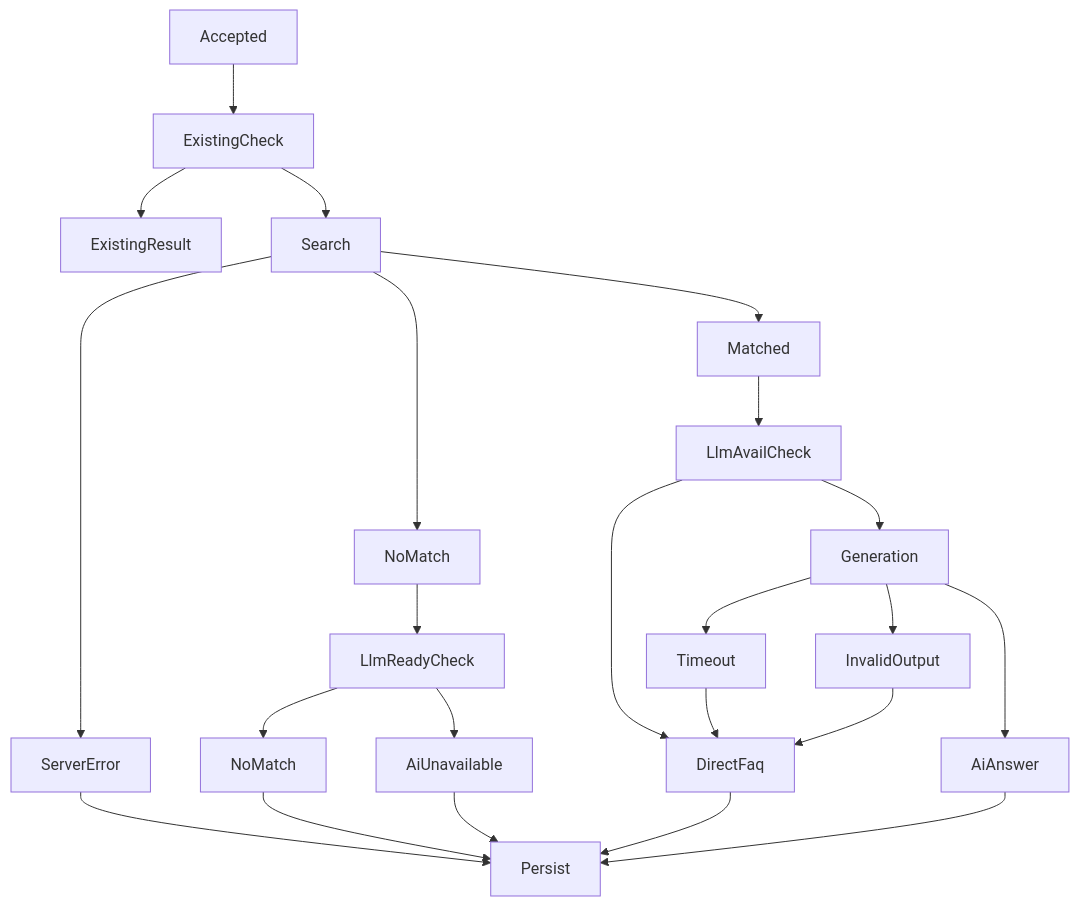
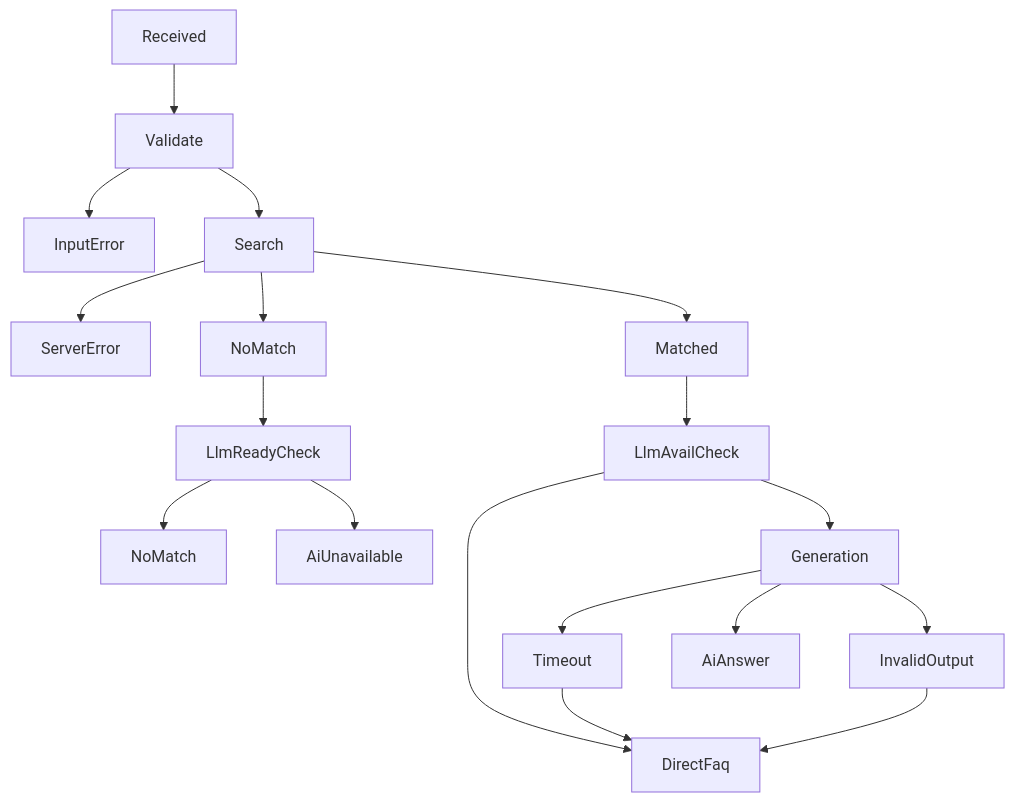
Before and after one commit to iwamuratakashi/cc-sdd-workshop-team7-helpo: the third of 4 diagrams in .kiro/specs/ai-helpdesk-chat/design.md, drawn with Mermaid. The commit also changed other lines of this file and 11 other files, not shown here.

````diff
--- a/.kiro/specs/ai-helpdesk-chat/design.md
+++ b/.kiro/specs/ai-helpdesk-chat/design.md
@@ -205,25 +195,20 @@
 ```mermaid
 flowchart TD
-    Accepted --> ExistingCheck
-    ExistingCheck --> ExistingResult
-    ExistingCheck --> Search
+    Received --> Validate
+    Validate --> InputError
+    Validate --> Search
     Search --> ServerError
     Search --> NoMatch
     Search --> Matched
     NoMatch --> LlmReadyCheck
     LlmReadyCheck --> NoMatchStatus[NoMatch]
     LlmReadyCheck --> AiUnavailable
     Matched --> LlmAvailCheck
     LlmAvailCheck --> DirectFaq
     LlmAvailCheck --> Generation
-    Generation --> Timeout[Timeout]
+    Generation --> Timeout
     Timeout --> DirectFaq
     Generation --> InvalidOutput
+    InvalidOutput --> DirectFaq
     Generation --> AiAnswer
-    InvalidOutput --> DirectFaq
-    ServerError --> Persist
-    NoMatchStatus --> Persist
-    AiUnavailable --> Persist
-    DirectFaq --> Persist
-    AiAnswer --> Persist
 ```
````
